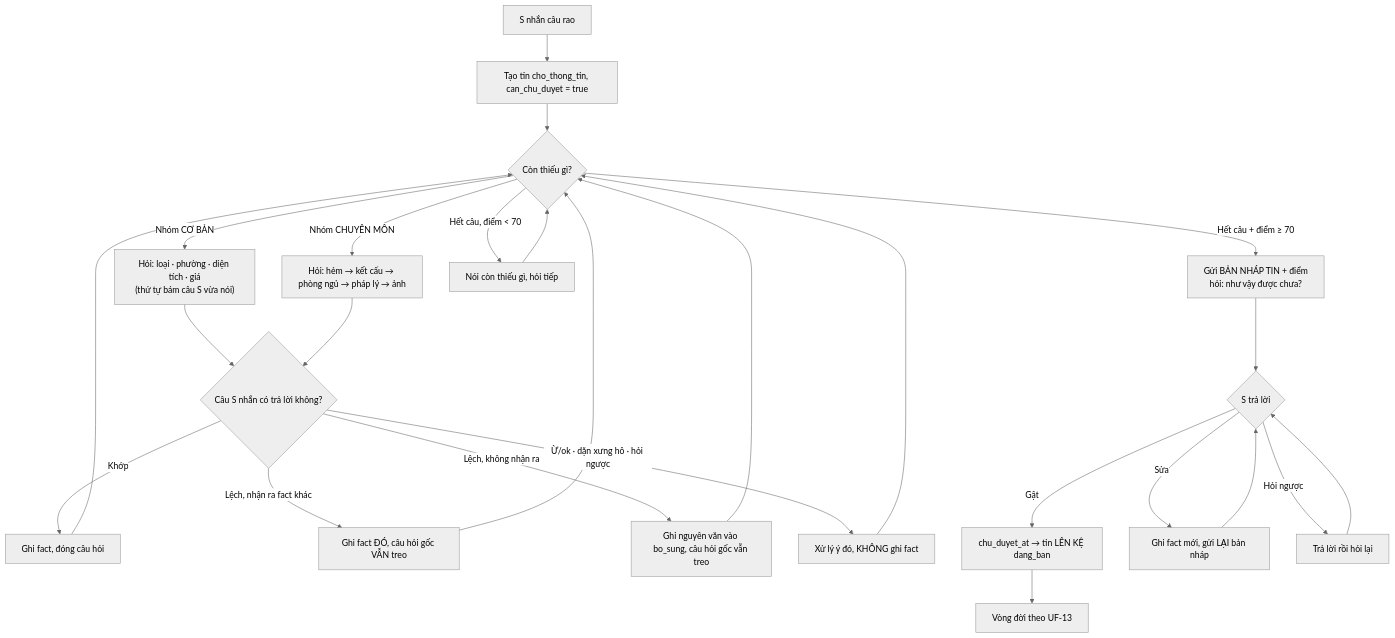
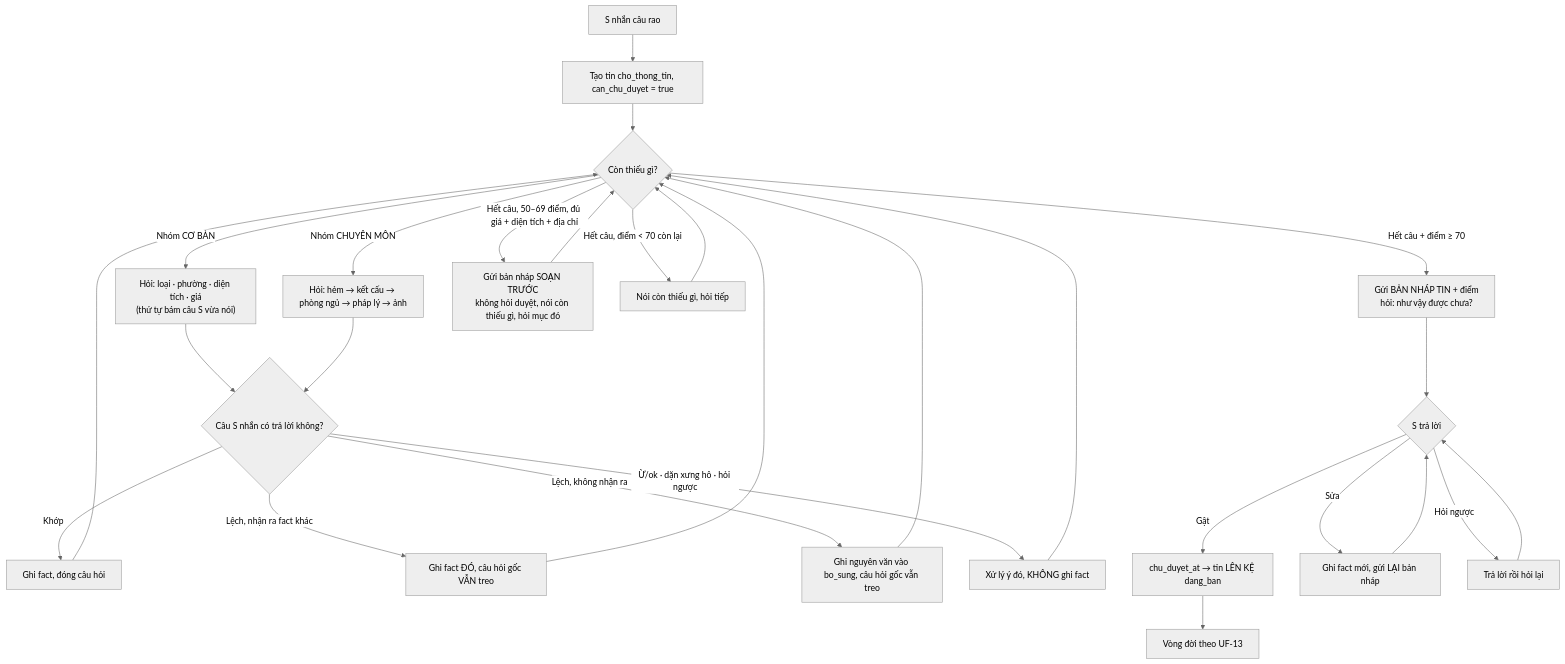
Before and after one commit to quang507/AOND: the seventh of 8 diagrams in docs/03-user-flows.md, drawn with Mermaid (neutral theme). The commit also changed other lines of this file and 9 other files, not shown here.

First line of the commit message:
Prompt hết tự cãi nhau + đồng bộ tài liệu với các bản sửa 18/10 (SRS-5.1zzzzzzz28)

````diff
--- a/docs/03-user-flows.md
+++ b/docs/03-user-flows.md
@@ -247,27 +247,29 @@
 ```mermaid
 flowchart TD
     A["S nhắn câu rao"] --> B["Tạo tin cho_thong_tin, can_chu_duyet = true"]
     B --> C{Còn thiếu gì?}
     C -->|Nhóm CƠ BẢN| D["Hỏi: loại · phường · diện tích · giá<br/>(thứ tự bám câu S vừa nói)"]
     C -->|Nhóm CHUYÊN MÔN| E["Hỏi: hẻm → kết cấu → phòng ngủ → pháp lý → ảnh"]
     D --> F{Câu S nhắn có trả lời không?}
     E --> F
     F -->|Khớp| G["Ghi fact, đóng câu hỏi"]
     F -->|Lệch, nhận ra fact khác| H["Ghi fact ĐÓ, câu hỏi gốc VẪN treo"]
     F -->|Lệch, không nhận ra| I["Ghi nguyên văn vào bo_sung, câu hỏi gốc vẫn treo"]
     F -->|Ừ/ok · dặn xưng hô · hỏi ngược| J["Xử lý ý đó, KHÔNG ghi fact"]
     G --> C
     H --> C
     I --> C
     J --> C
     C -->|Hết câu + điểm ≥ 70| K["Gửi BẢN NHÁP TIN + điểm<br/>hỏi: như vậy được chưa?"]
-    C -->|Hết câu, điểm < 70| L["Nói còn thiếu gì, hỏi tiếp"]
+    C -->|Hết câu, 50–69 điểm, đủ giá + diện tích + địa chỉ| P2["Gửi bản nháp SOẠN TRƯỚC<br/>không hỏi duyệt, nói còn thiếu gì, hỏi mục đó"]
+    P2 --> C
+    C -->|Hết câu, điểm < 70 còn lại| L["Nói còn thiếu gì, hỏi tiếp"]
     L --> C
     K --> M{S trả lời}
     M -->|Gật| N["chu_duyet_at → tin LÊN KỆ dang_ban"]
     M -->|Sửa| O["Ghi fact mới, gửi LẠI bản nháp"]
     O --> M
     M -->|Hỏi ngược| P["Trả lời rồi hỏi lại"]
     P --> M
     N --> Q["Vòng đời theo UF-13"]
 ```
````
